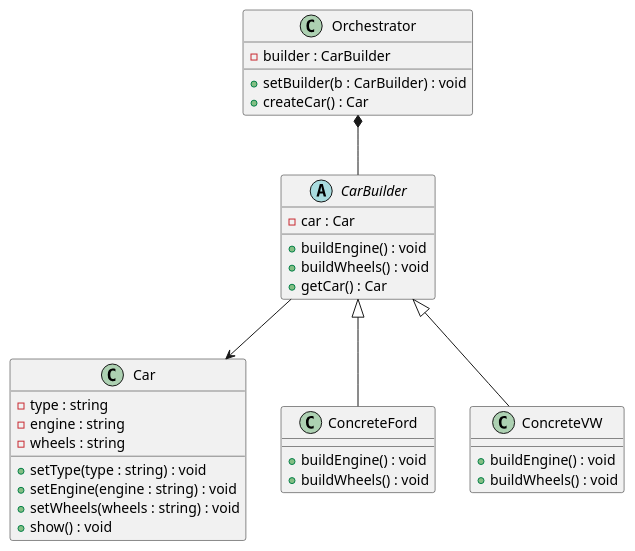
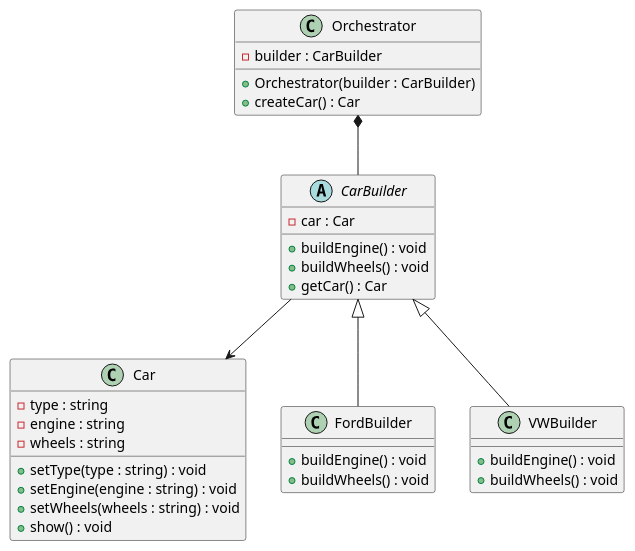
One commit to vishaln1519/cpp-design-patterns-practice changed the diagram in builder/builder_uml.puml. Above: the diagram before and after it, drawn with PlantUML. The commit also changed 5 other files, not shown here.

```diff
--- a/builder/builder_uml.puml
+++ b/builder/builder_uml.puml
@@ -1,41 +1,42 @@
 @startuml Builder_UML
 
 class Car {
     - type : string
     - engine : string
     - wheels : string
     + setType(type : string) : void
     + setEngine(engine : string) : void
     + setWheels(wheels : string) : void
     + show() : void
 }
 
 abstract class CarBuilder {
     - car : Car
     + buildEngine() : void
     + buildWheels() : void
     + getCar() : Car
 }
 
-class ConcreteFord {
+class FordBuilder {
     + buildEngine() : void
     + buildWheels() : void
 }
 
-class ConcreteVW {
+class VWBuilder {
     + buildEngine() : void
     + buildWheels() : void
 }
 
 class Orchestrator {
+
     - builder : CarBuilder
-    + setBuilder(b : CarBuilder) : void
+    + Orchestrator(builder : CarBuilder)
     + createCar() : Car
 }
 
-CarBuilder <|-- ConcreteFord
-CarBuilder <|-- ConcreteVW
+CarBuilder <|-- FordBuilder
+CarBuilder <|-- VWBuilder
 Orchestrator *-- CarBuilder
 CarBuilder --> Car
 
 @enduml
```
